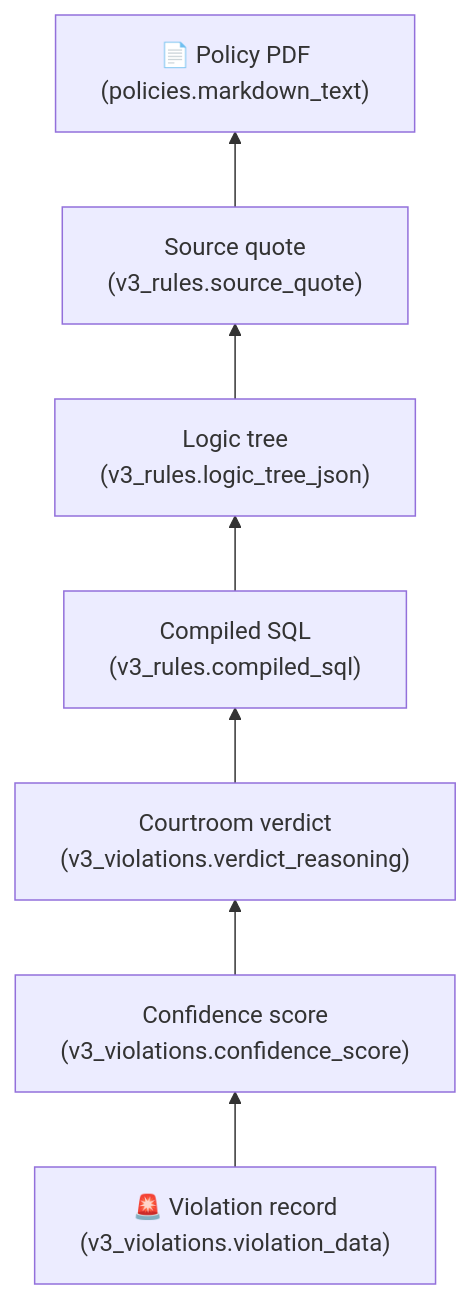
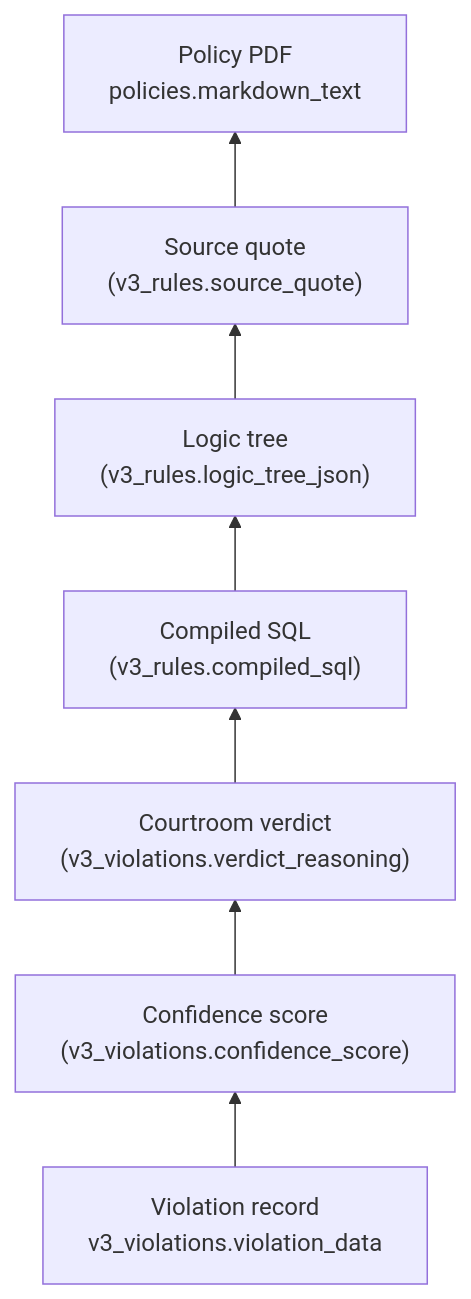
The ninth of 9 diagrams in docs/AGENT_COLLABORATION.md (ShivamB25/TraceRule), drawn with Mermaid before and after one commit. The commit also changed other lines of this file and 1 other file, not shown here.

Commit message:
refactor: streamline mermaid diagrams by removing emojis, simplifying text, and updating connections for clarity.

````diff
--- a/docs/AGENT_COLLABORATION.md
+++ b/docs/AGENT_COLLABORATION.md
@@ -352,17 +352,17 @@
 ```mermaid
 flowchart BT
-    PDF["📄 Policy PDF\n(policies.markdown_text)"]
+    PDF["Policy PDF\n policies.markdown_text"]
     QUOTE["Source quote\n(v3_rules.source_quote)"]
     AST["Logic tree\n(v3_rules.logic_tree_json)"]
     SQL["Compiled SQL\n(v3_rules.compiled_sql)"]
     VERDICT["Courtroom verdict\n(v3_violations.verdict_reasoning)"]
     CONFIDENCE["Confidence score\n(v3_violations.confidence_score)"]
-    VIOLATION["🚨 Violation record\n(v3_violations.violation_data)"]
+    VIOLATION["Violation record\n v3_violations.violation_data"]
 
     VIOLATION --> CONFIDENCE
     CONFIDENCE --> VERDICT
     VERDICT --> SQL
     SQL --> AST
     AST --> QUOTE
     QUOTE --> PDF
 ```
````
